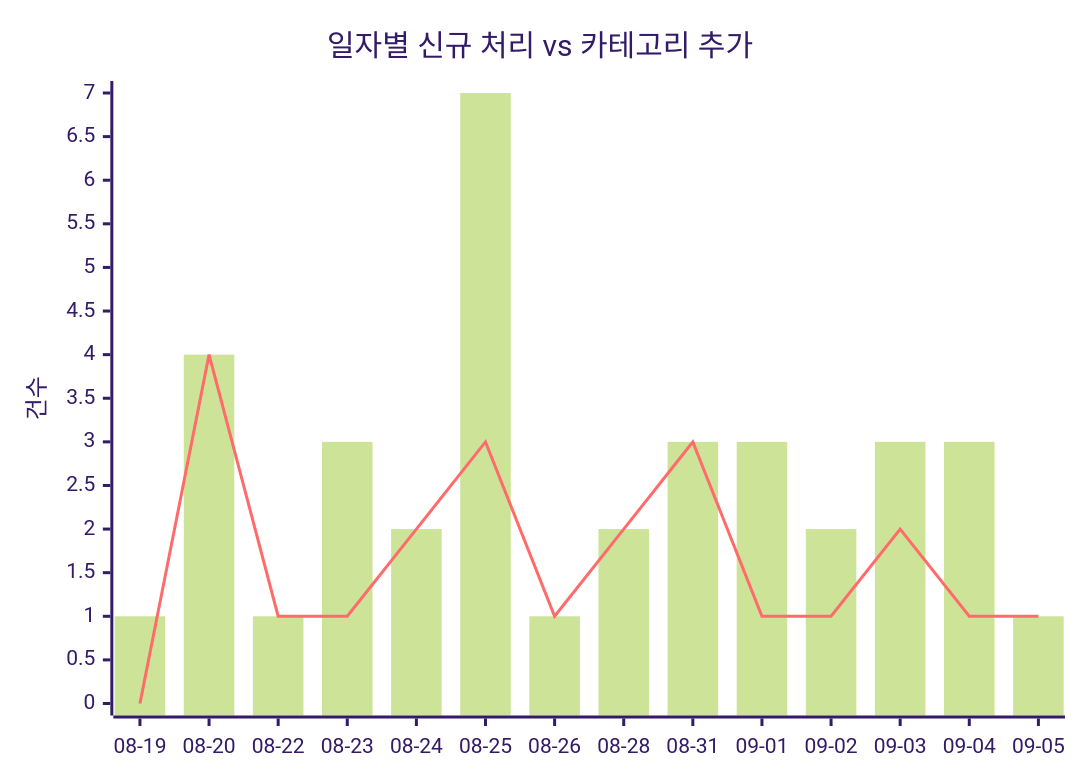
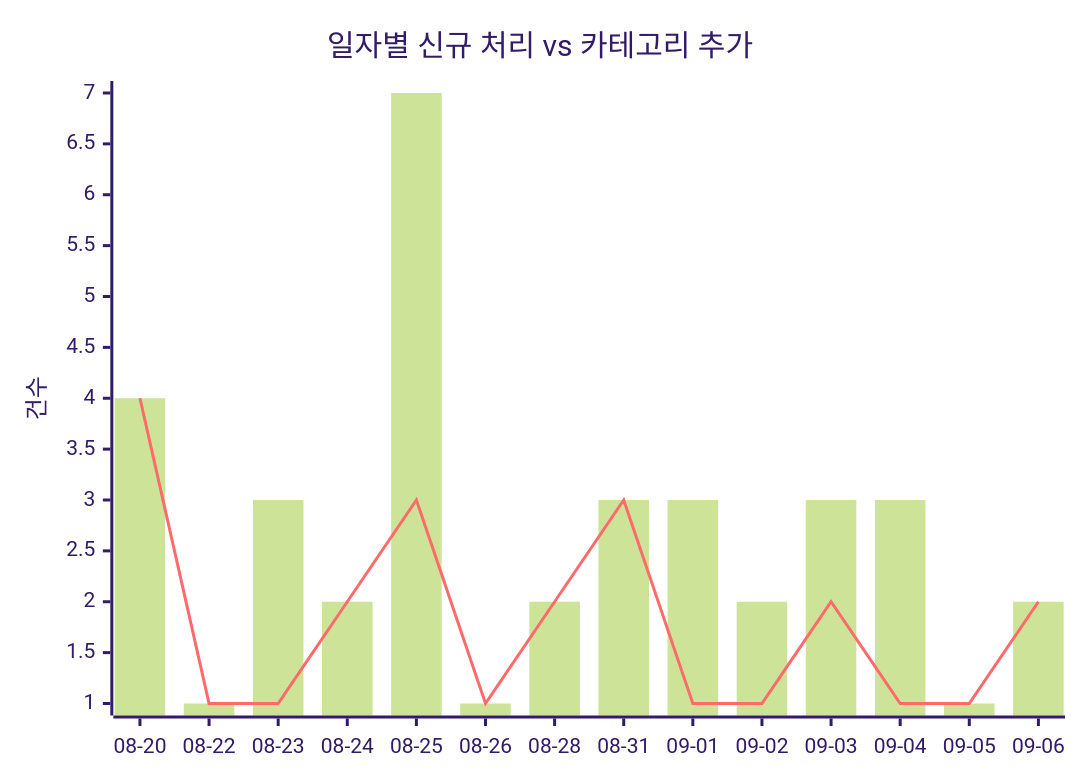
Before and after one commit to J-nowcow/awesome-korean-agent-skills: the first of 2 diagrams in docs/trends.md, drawn with Mermaid (forest theme). The commit also changed other lines of this file and 5 other files, not shown here.

````diff
--- a/docs/trends.md
+++ b/docs/trends.md
@@ -32,8 +32,8 @@
 ```mermaid
 xychart-beta
     title "일자별 신규 처리 vs 카테고리 추가"
-    x-axis ["08-19","08-20","08-22","08-23","08-24","08-25","08-26","08-28","08-31","09-01","09-02","09-03","09-04","09-05"]
+    x-axis ["08-20","08-22","08-23","08-24","08-25","08-26","08-28","08-31","09-01","09-02","09-03","09-04","09-05","09-06"]
     y-axis "건수"
-    bar [1,4,1,3,2,7,1,2,3,3,2,3,3,1]
-    line [0,4,1,1,2,3,1,2,3,1,1,2,1,1]
+    bar [4,1,3,2,7,1,2,3,3,2,3,3,1,2]
+    line [4,1,1,2,3,1,2,3,1,1,2,1,1,2]
 ```
````
